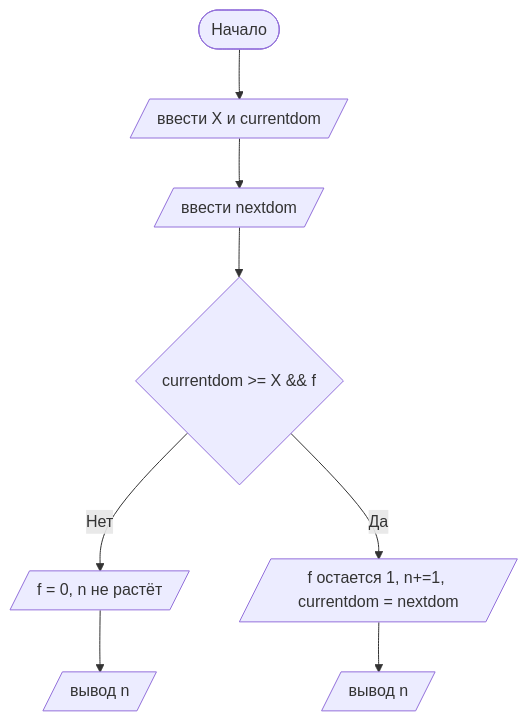
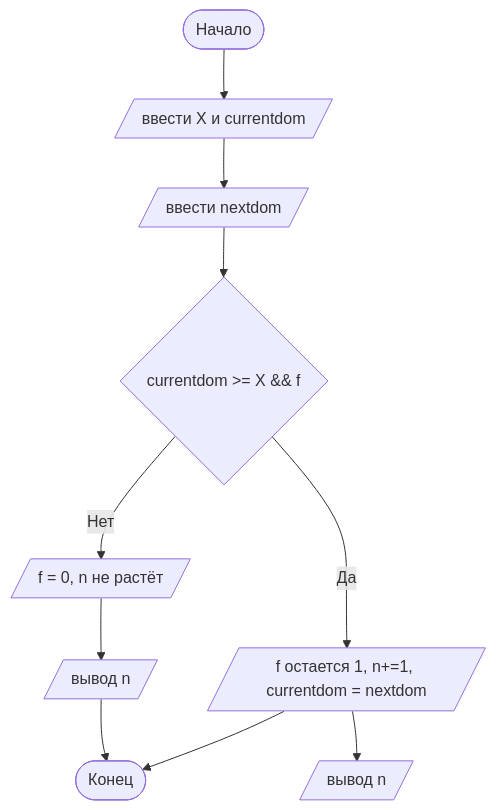
Before and after one commit to pupundel333/Lab-1: the diagram in README.md, drawn with Mermaid. The commit also changed other lines of this file, not shown here.

````diff
--- a/README.md
+++ b/README.md
@@ -74,10 +74,12 @@
 ```mermaid
 graph TD 
 A([Начало]) --> B[/ввести X и currentdom/]
 B --> C[/ввести nextdom/]
 C -->D{currentdom >= X && f}
 D -- Нет -->F[/f = 0, n не растёт/]
 D -- Да --> G[/f остается 1, n+=1, currentdom = nextdom/]
 F --> H[/вывод n/]
 G --> I[/вывод n/]
+H --> R([Конец])
+G --> R([Конец])
 ```
````
